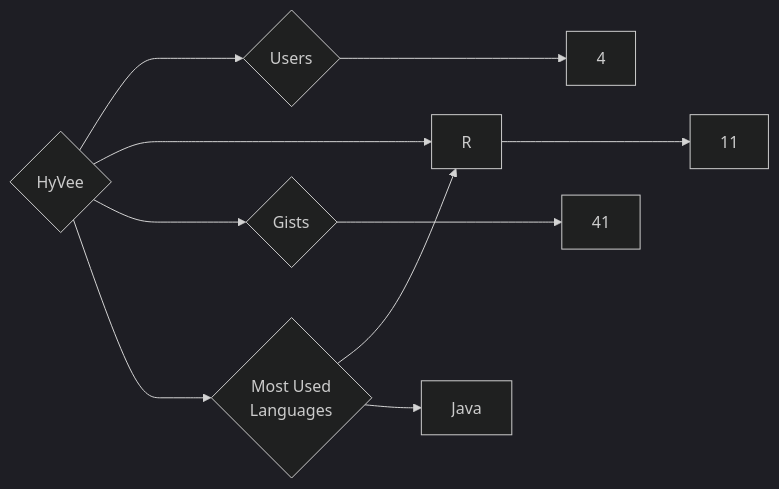
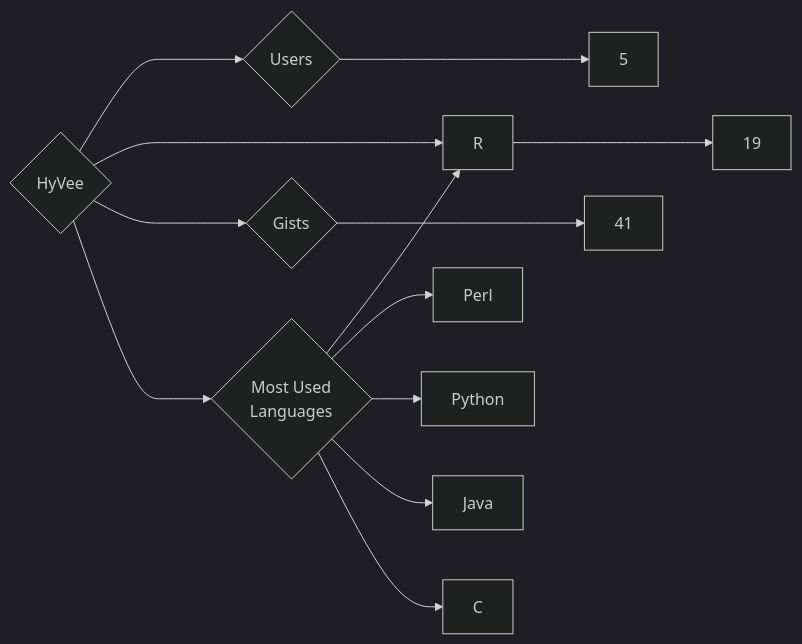
One commit to trickest/insiders changed the diagram in targets/HyVee/README.md. Above: the diagram before and after it, drawn with Mermaid (dark theme). The commit also changed 934 other files, not shown here.

````diff
--- a/targets/HyVee/README.md
+++ b/targets/HyVee/README.md
@@ -3,10 +3,13 @@
 ```mermaid
 graph LR
 COMPANY_NAME{HyVee}
-COMPANY_NAME ---> U{Users} ---> UN[4]
-COMPANY_NAME ---> R{Repositories} ---> RN[11]
+COMPANY_NAME ---> U{Users} ---> UN[5]
+COMPANY_NAME ---> R{Repositories} ---> RN[19]
 COMPANY_NAME ---> G{Gists} ---> GN[41]
 COMPANY_NAME ---> ML{Most Used<br>Languages}
 ML --> R[R]
+ML --> Perl[Perl]
+ML --> Python[Python]
 ML --> Java[Java]
+ML --> C[C]
 ```
````
